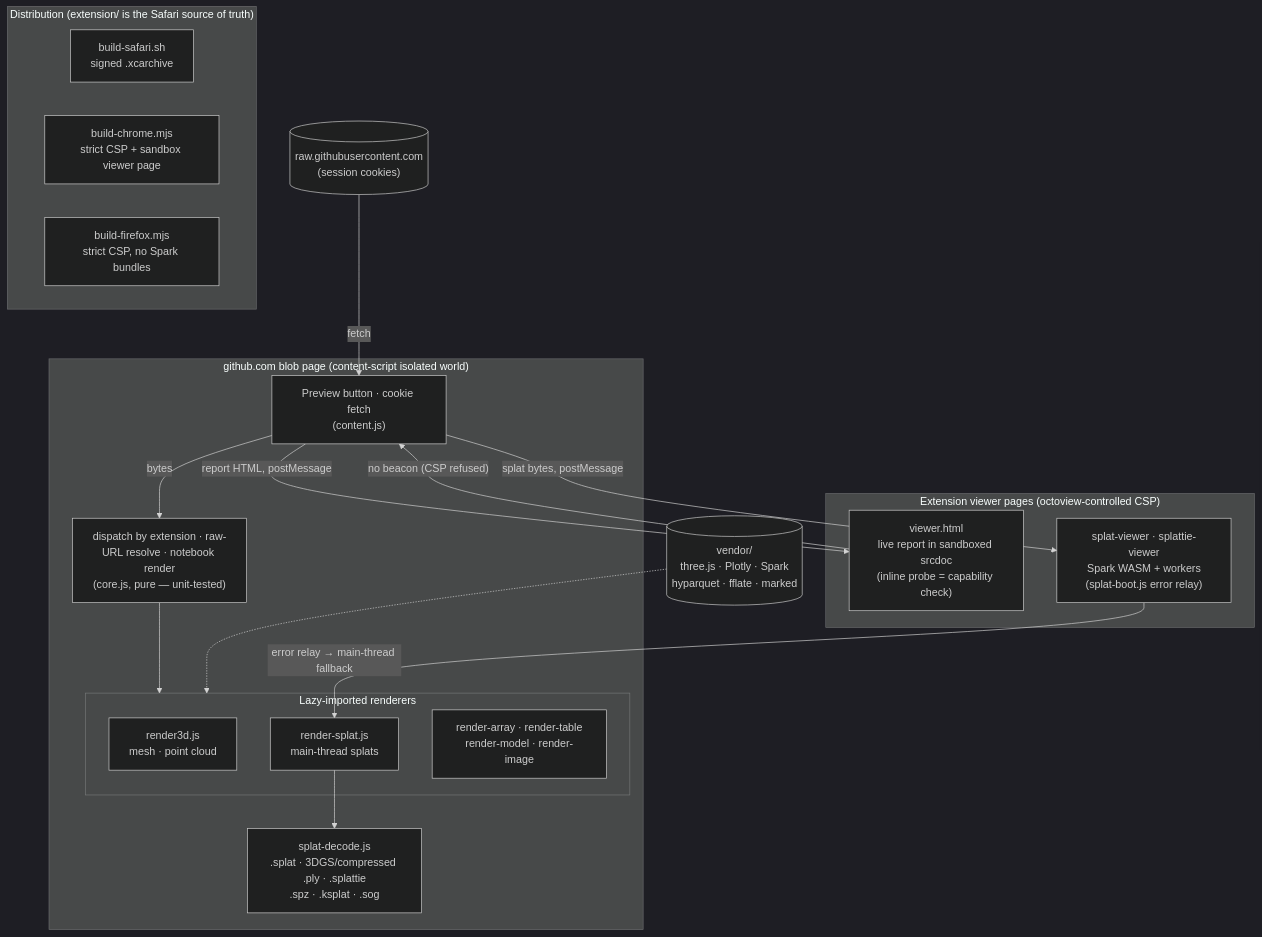
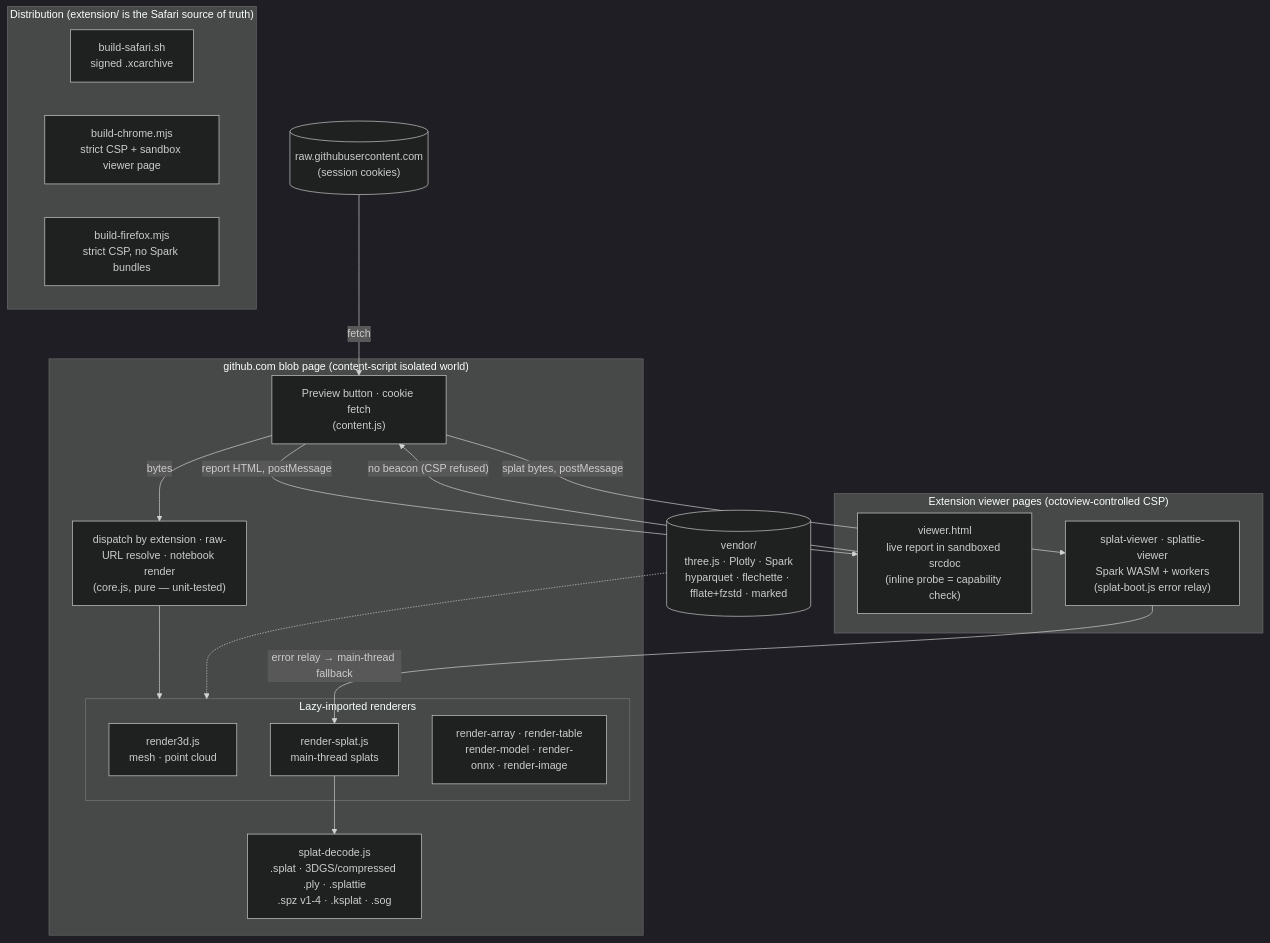
Before and after one commit to affromero/octoview: the diagram in README.md, drawn with Mermaid (dark theme). The commit also changed other lines of this file, not shown here.

First line of the commit message:
readme: 22 formats — onnx graphs, arrow tables, spz v1-4; rad dropped, lcc deferred

````diff
--- a/README.md
+++ b/README.md
@@ -138,37 +137,37 @@
 ```mermaid
 flowchart TD
     subgraph blob["github.com blob page (content-script isolated world)"]
         content["Preview button · cookie fetch<br/>(content.js)"]
         core["dispatch by extension · raw-URL resolve · notebook render<br/>(core.js, pure — unit-tested)"]
         subgraph renderers["Lazy-imported renderers"]
             r3d["render3d.js<br/>mesh · point cloud"]
             rsplat["render-splat.js<br/>main-thread splats"]
-            rmisc["render-array · render-table<br/>render-model · render-image"]
+            rmisc["render-array · render-table<br/>render-model · render-onnx · render-image"]
         end
-        decode["splat-decode.js<br/>.splat · 3DGS/compressed .ply · .splattie<br/>.spz · .ksplat · .sog"]
+        decode["splat-decode.js<br/>.splat · 3DGS/compressed .ply · .splattie<br/>.spz v1-4 · .ksplat · .sog"]
     end
 
     subgraph pages["Extension viewer pages (octoview-controlled CSP)"]
         viewer["viewer.html<br/>live report in sandboxed srcdoc<br/>(inline probe = capability check)"]
         sparkview["splat-viewer · splattie-viewer<br/>Spark WASM + workers<br/>(splat-boot.js error relay)"]
     end
 
     gh[("raw.githubusercontent.com<br/>(session cookies)")]
-    vendor[("vendor/<br/>three.js · Plotly · Spark<br/>hyparquet · fflate · marked")]
+    vendor[("vendor/<br/>three.js · Plotly · Spark<br/>hyparquet · flechette · fflate+fzstd · marked")]
 
     content -->|bytes| core
     gh -->|fetch| content
     core --> renderers
     rsplat --> decode
     vendor -.-> renderers
     content -->|report HTML, postMessage| viewer
     content -->|splat bytes, postMessage| sparkview
     viewer -->|"no beacon (CSP refused)"| content
     sparkview -->|"error relay → main-thread fallback"| rsplat
 
     subgraph builds["Distribution (extension/ is the Safari source of truth)"]
         safari["build-safari.sh<br/>signed .xcarchive"]
         chrome["build-chrome.mjs<br/>strict CSP + sandbox viewer page"]
         firefox["build-firefox.mjs<br/>strict CSP, no Spark bundles"]
     end
 ```
````
